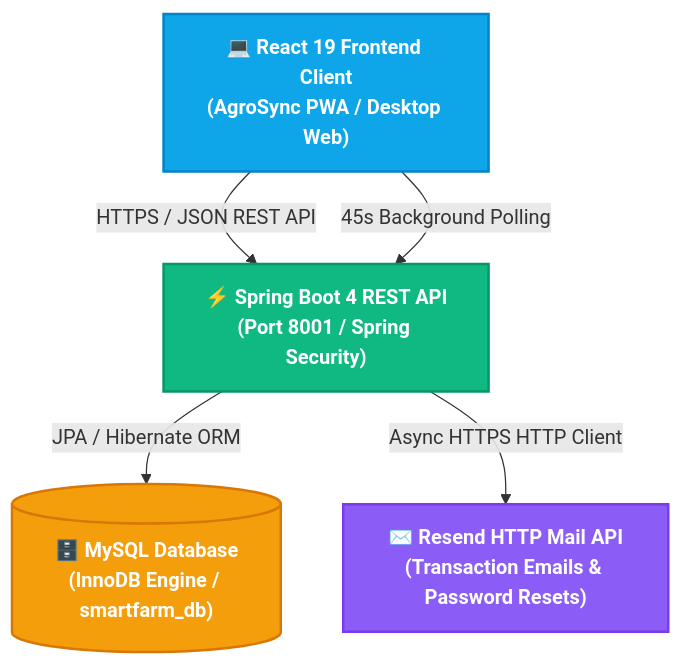
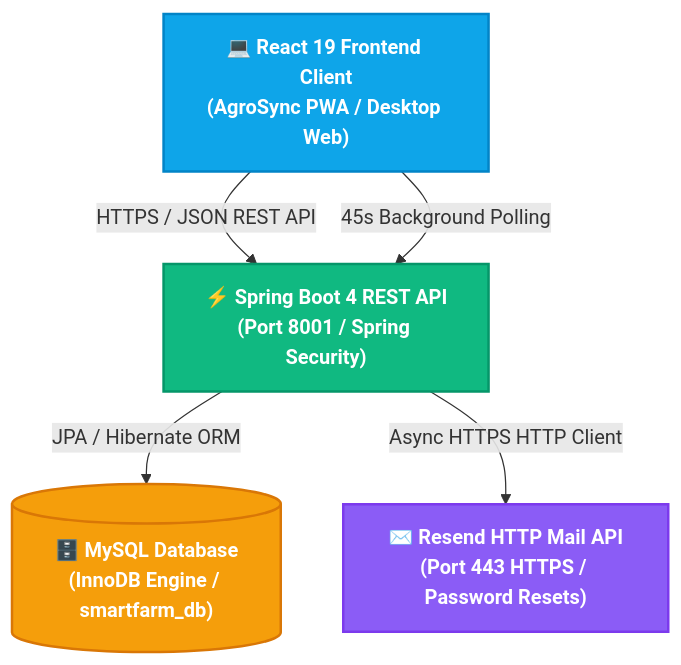
Before and after one commit to martins-ke/smartfarm-frontend: the first of 3 diagrams in docs/System_Design_and_Architecture.md, drawn with Mermaid. The commit also changed other lines of this file and 8 other files, not shown here.

Commit message:
docs: update system documentation, architecture diagrams, and PDF exports to v4.0

````diff
--- a/docs/System_Design_and_Architecture.md
+++ b/docs/System_Design_and_Architecture.md
@@ -13,17 +13,17 @@
 ```mermaid
 graph TD
     classDef client fill:#0ea5e9,stroke:#0284c7,stroke-width:2px,color:#ffffff,font-weight:bold;
     classDef server fill:#10b981,stroke:#059669,stroke-width:2px,color:#ffffff,font-weight:bold;
     classDef db fill:#f59e0b,stroke:#d97706,stroke-width:2px,color:#ffffff,font-weight:bold;
     classDef ext fill:#8b5cf6,stroke:#7c3aed,stroke-width:2px,color:#ffffff,font-weight:bold;
 
     Client["💻 React 19 Frontend Client<br/>(AgroSync PWA / Desktop Web)"]:::client
     API["⚡ Spring Boot 4 REST API<br/>(Port 8001 / Spring Security)"]:::server
     DB[("🗄️ MySQL Database<br/>(InnoDB Engine / smartfarm_db)")]:::db
-    EmailService["✉️ Resend HTTP Mail API<br/>(Transaction Emails & Password Resets)"]:::ext
+    EmailService["✉️ Resend HTTP Mail API<br/>(Port 443 HTTPS / Password Resets)"]:::ext
 
     Client -->|HTTPS / JSON REST API| API
     Client -->|45s Background Polling| API
     API -->|JPA / Hibernate ORM| DB
     API -->|Async HTTPS HTTP Client| EmailService
 ```
````
